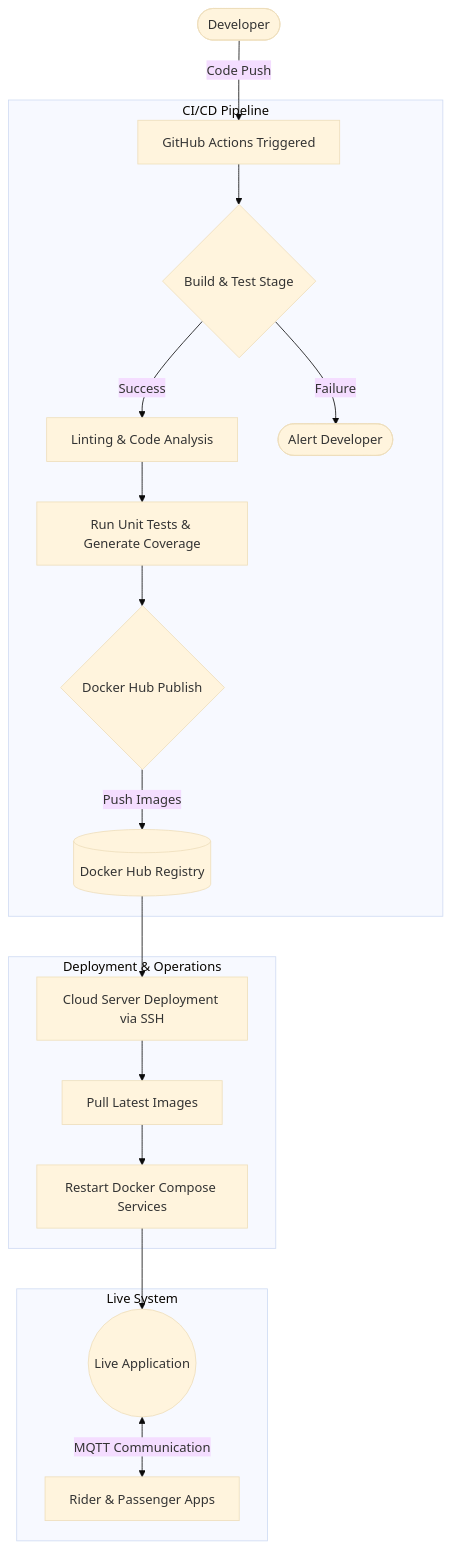
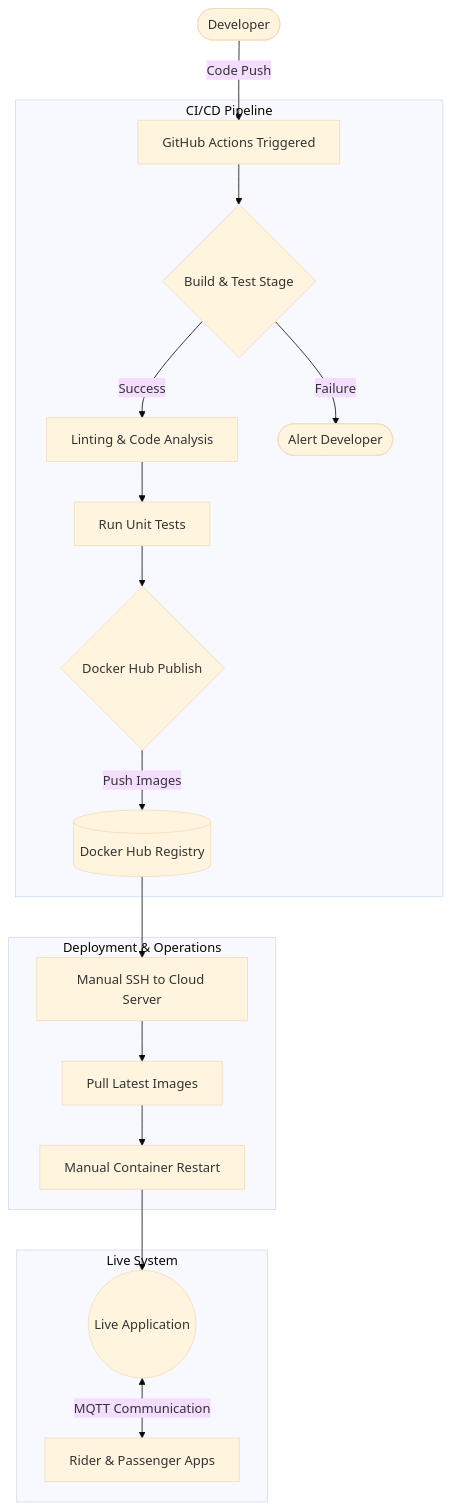
One commit to Eliasfilimon/bodaboda-application changed the diagram in PROCESS_IMPROVEMENT.md. Above: the diagram before and after it, drawn with Mermaid (base theme). The commit also changed other lines of this file, not shown here.

````diff
--- a/PROCESS_IMPROVEMENT.md
+++ b/PROCESS_IMPROVEMENT.md
@@ -10,26 +99,26 @@
 ```mermaid
 graph TD
     A([Developer]) -->|Code Push| B[GitHub Actions Triggered]
     
     subgraph CI/CD Pipeline
         B --> C{Build & Test Stage}
         C -->|Success| D[Linting & Code Analysis]
         C -->|Failure| E([Alert Developer])
         
-        D --> F[Run Unit Tests & Generate Coverage]
+        D --> F[Run Unit Tests]
         
         F --> G{Docker Hub Publish}
         G -->|Push Images| H[(Docker Hub Registry)]
     end
     
     subgraph Deployment & Operations
-        H --> I[Cloud Server Deployment via SSH]
+        H --> I[Manual SSH to Cloud Server]
         I --> J[Pull Latest Images]
-        J --> K[Restart Docker Compose Services]
+        J --> K[Manual Container Restart]
     end
     
     subgraph Live System
         K --> L((Live Application))
         L <-->|MQTT Communication| M[Rider & Passenger Apps]
     end
 ```
````
